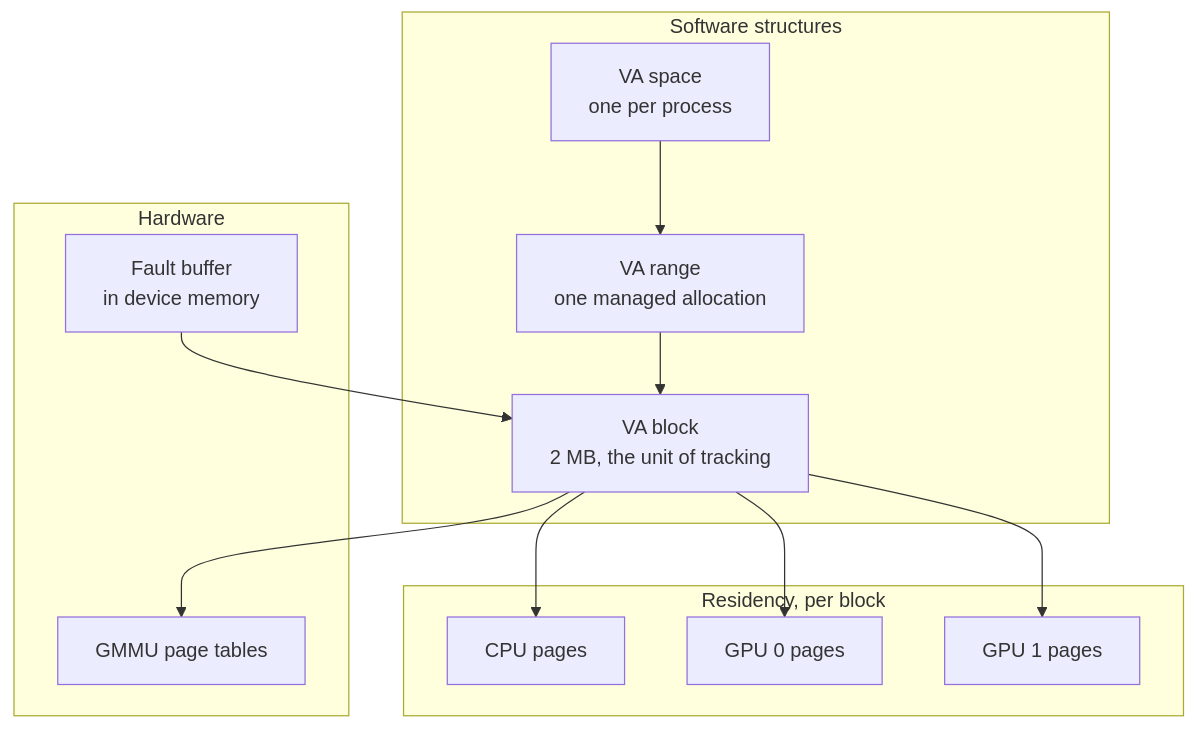
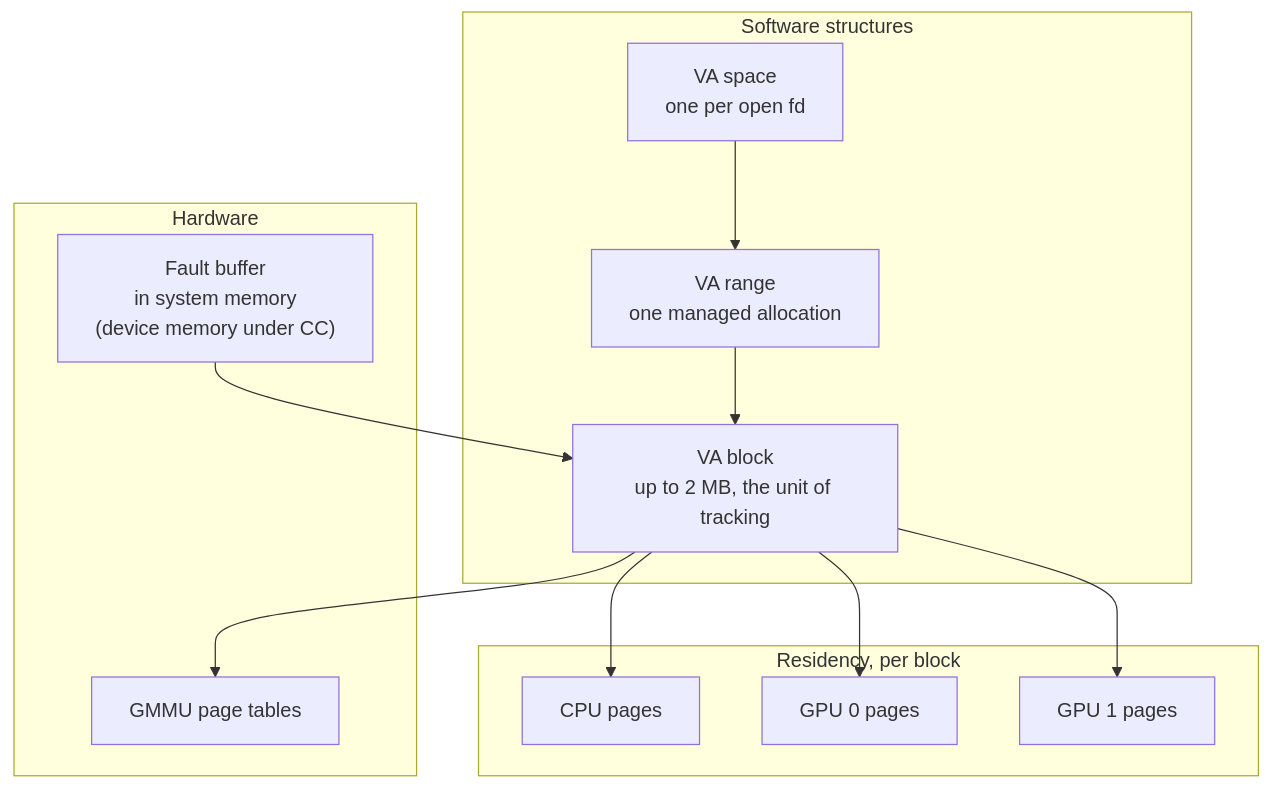
One commit to Indspl0it/gspwn changed the diagram in docs/src/content/docs/knowledgebase/uvm.mdx. Above: the diagram before and after it, drawn with Mermaid. The commit also changed other lines of this file and 26 other files, not shown here.

````diff
--- a/docs/src/content/docs/knowledgebase/uvm.mdx
+++ b/docs/src/content/docs/knowledgebase/uvm.mdx
@@ -11,26 +13,26 @@
 ```mermaid
 flowchart TB
   subgraph SW["Software structures"]
-    SPACE["VA space<br/>one per process"]
+    SPACE["VA space<br/>one per open fd"]
     RANGE["VA range<br/>one managed allocation"]
-    BLOCK["VA block<br/>2 MB, the unit of tracking"]
+    BLOCK["VA block<br/>up to 2 MB, the unit of tracking"]
   end
 
   subgraph HW["Hardware"]
     GMMU["GMMU page tables"]
-    FB["Fault buffer<br/>in device memory"]
+    FB["Fault buffer<br/>in system memory<br/>(device memory under CC)"]
   end
 
   subgraph RES["Residency, per block"]
     CPU["CPU pages"]
     GPU0["GPU 0 pages"]
     GPU1["GPU 1 pages"]
   end
 
   SPACE --> RANGE --> BLOCK
   BLOCK --> CPU
   BLOCK --> GPU0
   BLOCK --> GPU1
   BLOCK --> GMMU
   FB --> BLOCK
 ```
````
